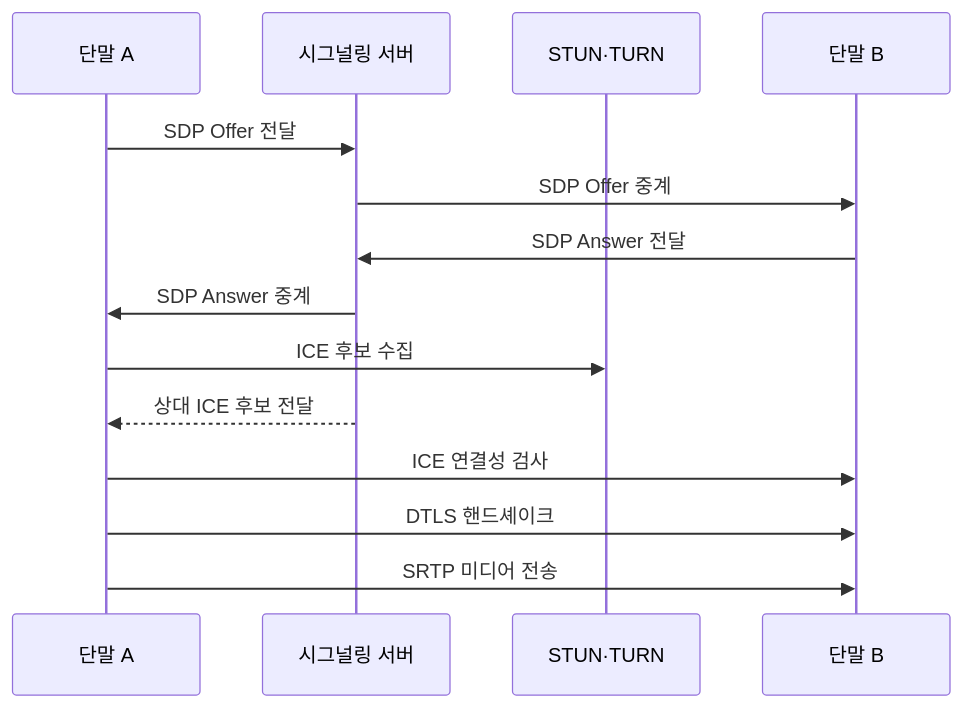
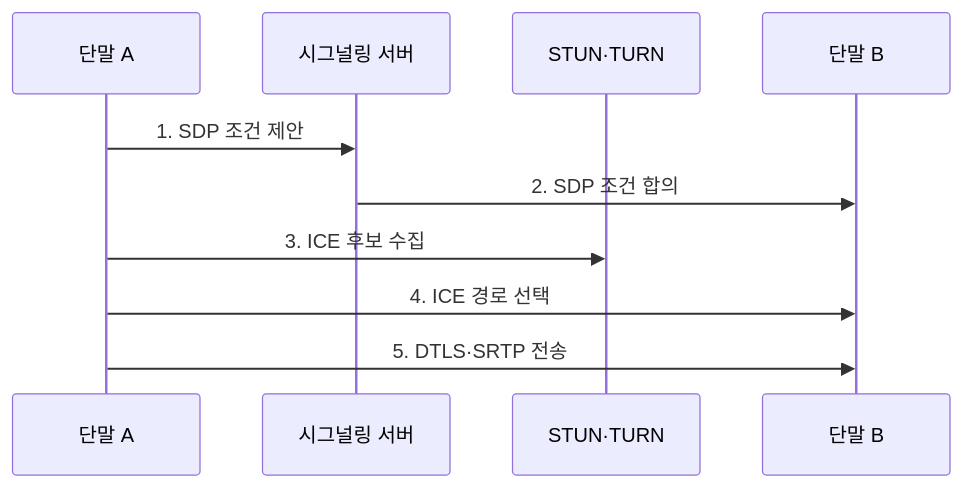
Before and after one commit to agnusdei1207/knowledge-base: the second of 2 diagrams in src/content/docs/notes/04-network/109_webrtc.md, drawn with Mermaid. The commit also changed other lines of this file and 9 other files, not shown here.

````diff
--- a/src/content/docs/notes/04-network/109_webrtc.md
+++ b/src/content/docs/notes/04-network/109_webrtc.md
@@ -85,16 +86,12 @@
 ```mermaid
 sequenceDiagram
     participant A as 단말 A
     participant S as 시그널링 서버
     participant T as STUN·TURN
     participant B as 단말 B
-    A->>S: SDP Offer 전달
-    S->>B: SDP Offer 중계
-    B->>S: SDP Answer 전달
-    S->>A: SDP Answer 중계
-    A->>T: ICE 후보 수집
-    S-->>A: 상대 ICE 후보 전달
-    A->>B: ICE 연결성 검사
-    A->>B: DTLS 핸드셰이크
-    A->>B: SRTP 미디어 전송
+    A->>S: 1. SDP 조건 제안
+    S->>B: 2. SDP 조건 합의
+    A->>T: 3. ICE 후보 수집
+    A->>B: 4. ICE 경로 선택
+    A->>B: 5. DTLS·SRTP 전송
 ```
````
